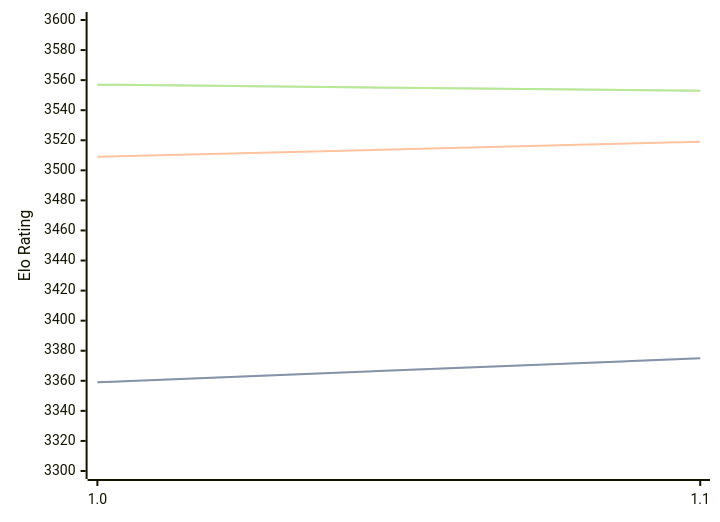
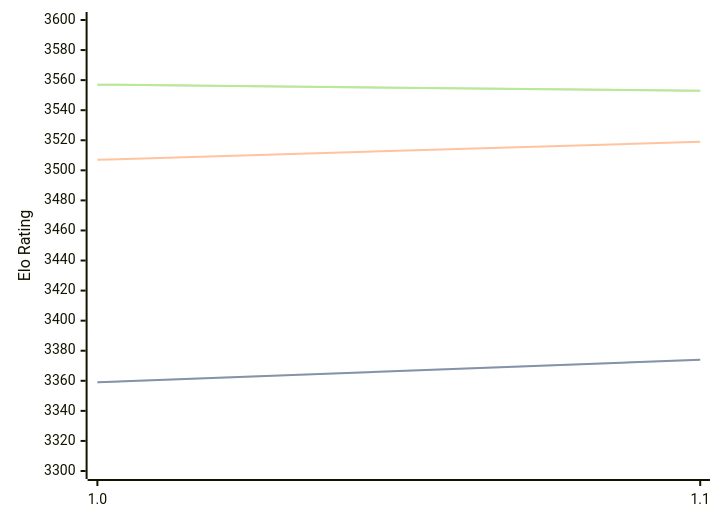
The diagram in engines/Horsie.md (computer-chess-index/cci), drawn with Mermaid before and after one commit. The commit also changed other lines of this file, not shown here.

Commit message:
Update CCI Ratings (ELO VLTC) - 2026-03-24

````diff
--- a/engines/Horsie.md
+++ b/engines/Horsie.md
@@ -32,11 +32,11 @@
 ```mermaid
 %%{init: {"theme":"base","themeVariables":{"seriesColors:['#a3a3a3','#222221','#faa371']}}}%%
 xychart-beta
   x-axis ["1.0", "1.1"]
   y-axis "Elo Rating" 3300 --> 3600
-  line "STC (8.0+0.08s)" [3359, 3375]
-  line "STC (8.0+0.08s)" [3359, 3375]
-  line "LTC (60.0+0.60s)" [3509, 3519]
+  line "STC (8.0+0.08s)" [3359, 3374]
+  line "STC (8.0+0.08s)" [3359, 3374]
+  line "LTC (60.0+0.60s)" [3507, 3519]
   line "VLTC (2m24s+1.12s)" [3557, 3553]
   line "VLTC (2m24s+1.12s)" [3557, 3553]
 ```
````
